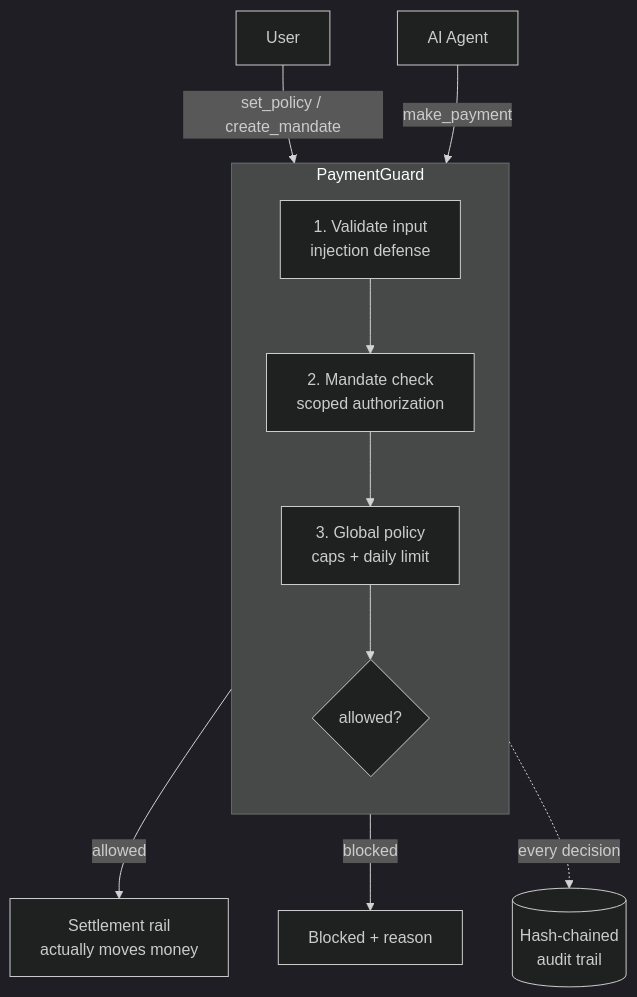
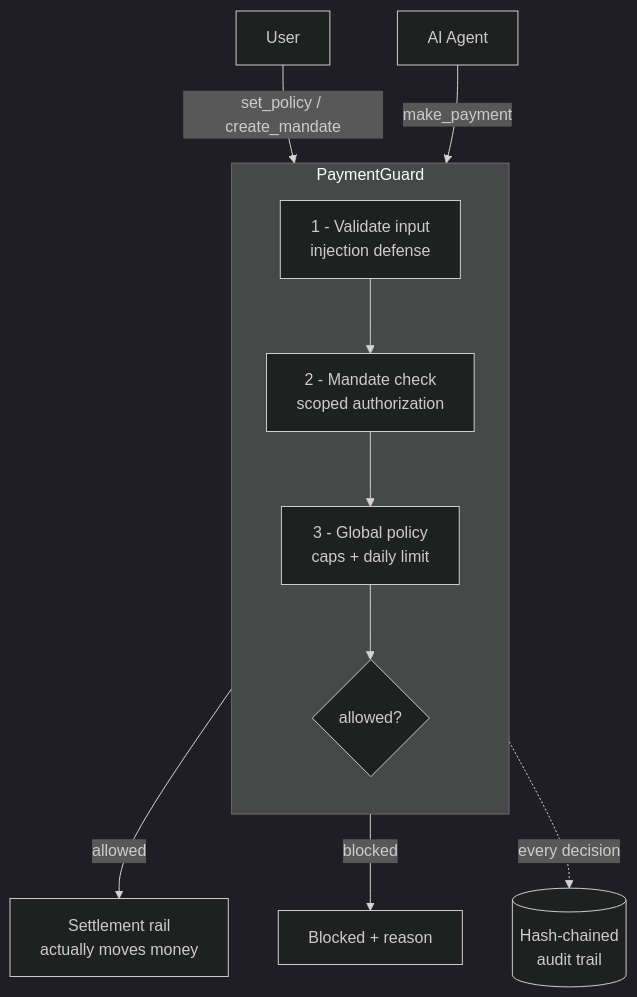
One commit to DivyanshTiwari20/payment-guard changed the diagram in README.md. Above: the diagram before and after it, drawn with Mermaid (dark theme). The commit also changed other lines of this file, not shown here.

````diff
--- a/README.md
+++ b/README.md
@@ -43,14 +49,14 @@
 ```mermaid
 flowchart TD
     U[User] -->|set_policy / create_mandate| G
     A[AI Agent] -->|make_payment| G
     subgraph G[PaymentGuard]
         direction TB
-        V[1. Validate input<br/>injection defense] --> M[2. Mandate check<br/>scoped authorization]
-        M --> P[3. Global policy<br/>caps + daily limit]
+        V[1 - Validate input<br/>injection defense] --> M[2 - Mandate check<br/>scoped authorization]
+        M --> P[3 - Global policy<br/>caps + daily limit]
         P --> D{allowed?}
     end
     D -->|allowed| S[Settlement rail<br/>actually moves money]
     D -->|blocked| X[Blocked + reason]
     D -.->|every decision| L[(Hash-chained<br/>audit trail)]
 ```
````
